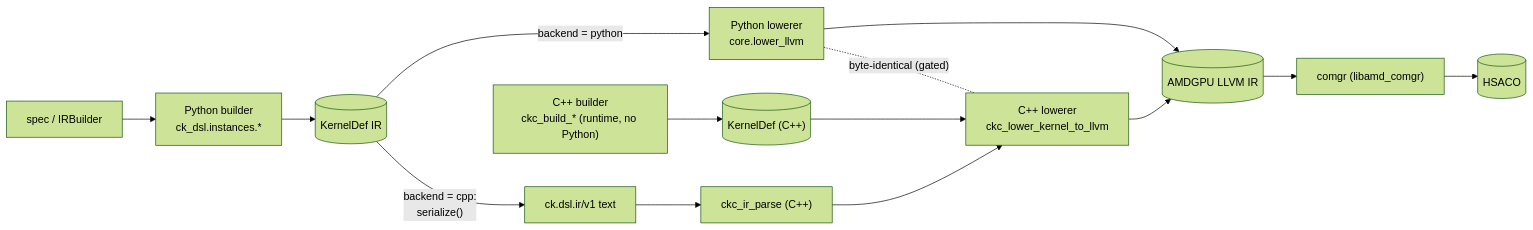
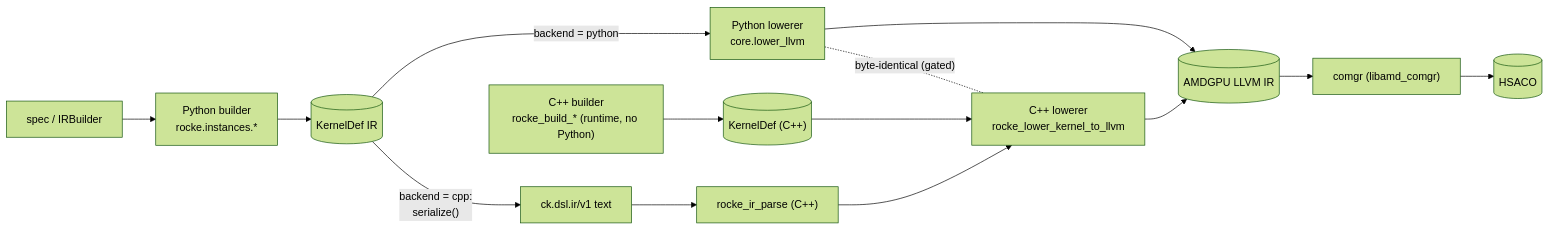
The first of 3 diagrams in dnn-providers/hip-kernel-provider/rocKE/dsl_docs/architecture/engines_and_switching.md (ROCm/rocm-libraries), drawn with Mermaid (forest theme) before and after one commit. The commit also changed other lines of this file and 1569 other files, not shown here.

First line of the commit message:
[hip-kernel-provider] Rename ck_dsl/ckc engine identity to rocke

````diff
--- a/dnn-providers/hip-kernel-provider/rocKE/dsl_docs/architecture/engines_and_switching.md
+++ b/dnn-providers/hip-kernel-provider/rocKE/dsl_docs/architecture/engines_and_switching.md
@@ -19,19 +19,19 @@
 ```mermaid
 flowchart LR
-  spec["spec / IRBuilder"] --> pybuild["Python builder<br/>ck_dsl.instances.*"]
+  spec["spec / IRBuilder"] --> pybuild["Python builder<br/>rocke.instances.*"]
   pybuild --> ir[("KernelDef IR")]
 
   ir -->|"backend = python"| pylow["Python lowerer<br/>core.lower_llvm"]
   ir -->|"backend = cpp:<br/>serialize()"| ser["ck.dsl.ir/v1 text"]
-  ser --> parse["ckc_ir_parse (C++)"]
-  parse --> cpplow["C++ lowerer<br/>ckc_lower_kernel_to_llvm"]
+  ser --> parse["rocke_ir_parse (C++)"]
+  parse --> cpplow["C++ lowerer<br/>rocke_lower_kernel_to_llvm"]
 
-  cbuild["C++ builder<br/>ckc_build_* (runtime, no Python)"] --> cir[("KernelDef (C++)")]
+  cbuild["C++ builder<br/>rocke_build_* (runtime, no Python)"] --> cir[("KernelDef (C++)")]
   cir --> cpplow
 
   pylow --> ll[("AMDGPU LLVM IR")]
   cpplow --> ll
   ll --> comgr["comgr (libamd_comgr)"] --> hsaco[("HSACO")]
 
   pylow -. "byte-identical (gated)" .- cpplow
 ```
````
